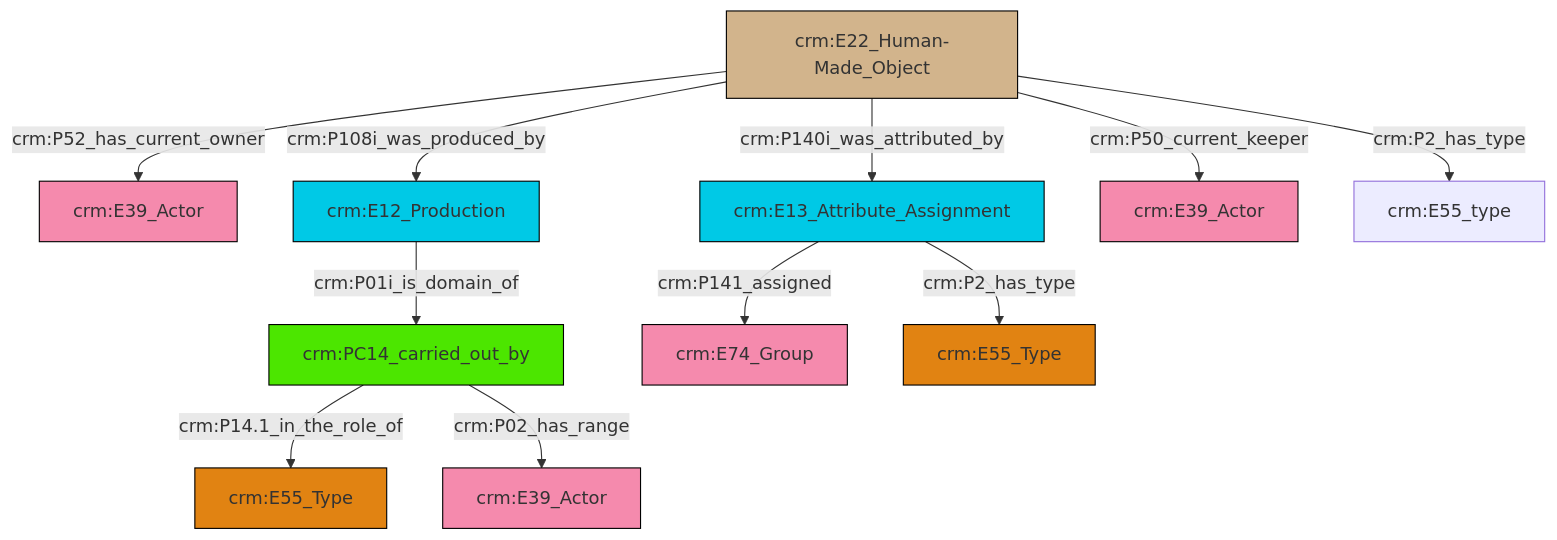
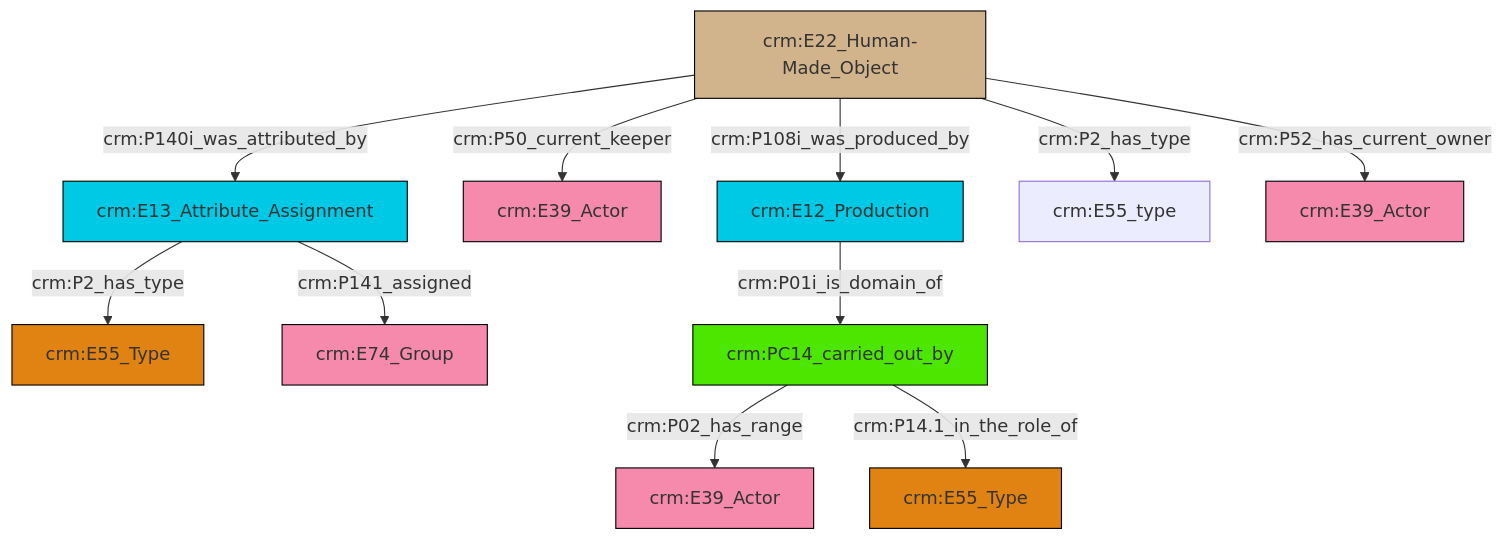
Before and after one commit to swiss-art-research-net/reference-data-models: the diagram in et/artworkCSV/ttl/mmd/Artwork_Actor_Relations.ttl.mmd, drawn with Mermaid. The commit also changed 128 other files, not shown here.

```diff
--- a/et/artworkCSV/ttl/mmd/Artwork_Actor_Relations.ttl.mmd
+++ b/et/artworkCSV/ttl/mmd/Artwork_Actor_Relations.ttl.mmd
@@ -1,25 +1,25 @@
 graph TD
 classDef Literal fill:#f2f2f2,stroke:#000000;
 classDef CRM_Entity fill:#FFFFFF,stroke:#000000;
 classDef Temporal_Entity fill:#00C9E6, stroke:#000000;
 classDef Type fill:#E18312, stroke:#000000;
 classDef Time-Span fill:#2C9C91, stroke:#000000;
 classDef Appellation fill:#FFEB7F, stroke:#000000;
 classDef Place fill:#008836, stroke:#000000;
 classDef Persistent_Item fill:#B266B2, stroke:#000000;
 classDef Conceptual_Object fill:#FFD700, stroke:#000000;
 classDef Physical_Thing fill:#D2B48C, stroke:#000000;
 classDef Actor fill:#f58aad, stroke:#000000;
 classDef PC_Classes fill:#4ce600, stroke:#000000;
 classDef Multi fill:#cccccc,stroke:#000000;
 
-2["crm:E22_Human-Made_Object"]:::Physical_Thing -->|crm:P108i_was_produced_by| 3["crm:E12_Production"]:::Temporal_Entity
-4["crm:PC14_carried_out_by"]:::PC_Classes -->|crm:P14.1_in_the_role_of| 5["crm:E55_Type"]:::Type
-7["crm:E13_Attribute_Assignment"]:::Temporal_Entity -->|crm:P141_assigned| 8["crm:E74_Group"]:::Actor
-2["crm:E22_Human-Made_Object"]:::Physical_Thing -->|crm:P140i_was_attributed_by| 7["crm:E13_Attribute_Assignment"]:::Temporal_Entity
-2["crm:E22_Human-Made_Object"]:::Physical_Thing -->|crm:P50_current_keeper| 9["crm:E39_Actor"]:::Actor
-7["crm:E13_Attribute_Assignment"]:::Temporal_Entity -->|crm:P2_has_type| 15["crm:E55_Type"]:::Type
-3["crm:E12_Production"]:::Temporal_Entity -->|crm:P01i_is_domain_of| 4["crm:PC14_carried_out_by"]:::PC_Classes
-2["crm:E22_Human-Made_Object"]:::Physical_Thing -->|crm:P52_has_current_owner| 0["crm:E39_Actor"]:::Actor
-4["crm:PC14_carried_out_by"]:::PC_Classes -->|crm:P02_has_range| 17["crm:E39_Actor"]:::Actor
-2["crm:E22_Human-Made_Object"]:::Physical_Thing -->|crm:P2_has_type| 13["crm:E55_type"]:::Default
+5["crm:E22_Human-Made_Object"]:::Physical_Thing -->|crm:P140i_was_attributed_by| 3["crm:E13_Attribute_Assignment"]:::Temporal_Entity
+5["crm:E22_Human-Made_Object"]:::Physical_Thing -->|crm:P50_current_keeper| 6["crm:E39_Actor"]:::Actor
+3["crm:E13_Attribute_Assignment"]:::Temporal_Entity -->|crm:P141_assigned| 10["crm:E74_Group"]:::Actor
+5["crm:E22_Human-Made_Object"]:::Physical_Thing -->|crm:P108i_was_produced_by| 11["crm:E12_Production"]:::Temporal_Entity
+5["crm:E22_Human-Made_Object"]:::Physical_Thing -->|crm:P2_has_type| 15["crm:E55_type"]:::Default
+3["crm:E13_Attribute_Assignment"]:::Temporal_Entity -->|crm:P2_has_type| 0["crm:E55_Type"]:::Type
+11["crm:E12_Production"]:::Temporal_Entity -->|crm:P01i_is_domain_of| 12["crm:PC14_carried_out_by"]:::PC_Classes
+12["crm:PC14_carried_out_by"]:::PC_Classes -->|crm:P02_has_range| 7["crm:E39_Actor"]:::Actor
+5["crm:E22_Human-Made_Object"]:::Physical_Thing -->|crm:P52_has_current_owner| 21["crm:E39_Actor"]:::Actor
+12["crm:PC14_carried_out_by"]:::PC_Classes -->|crm:P14.1_in_the_role_of| 16["crm:E55_Type"]:::Type
```
